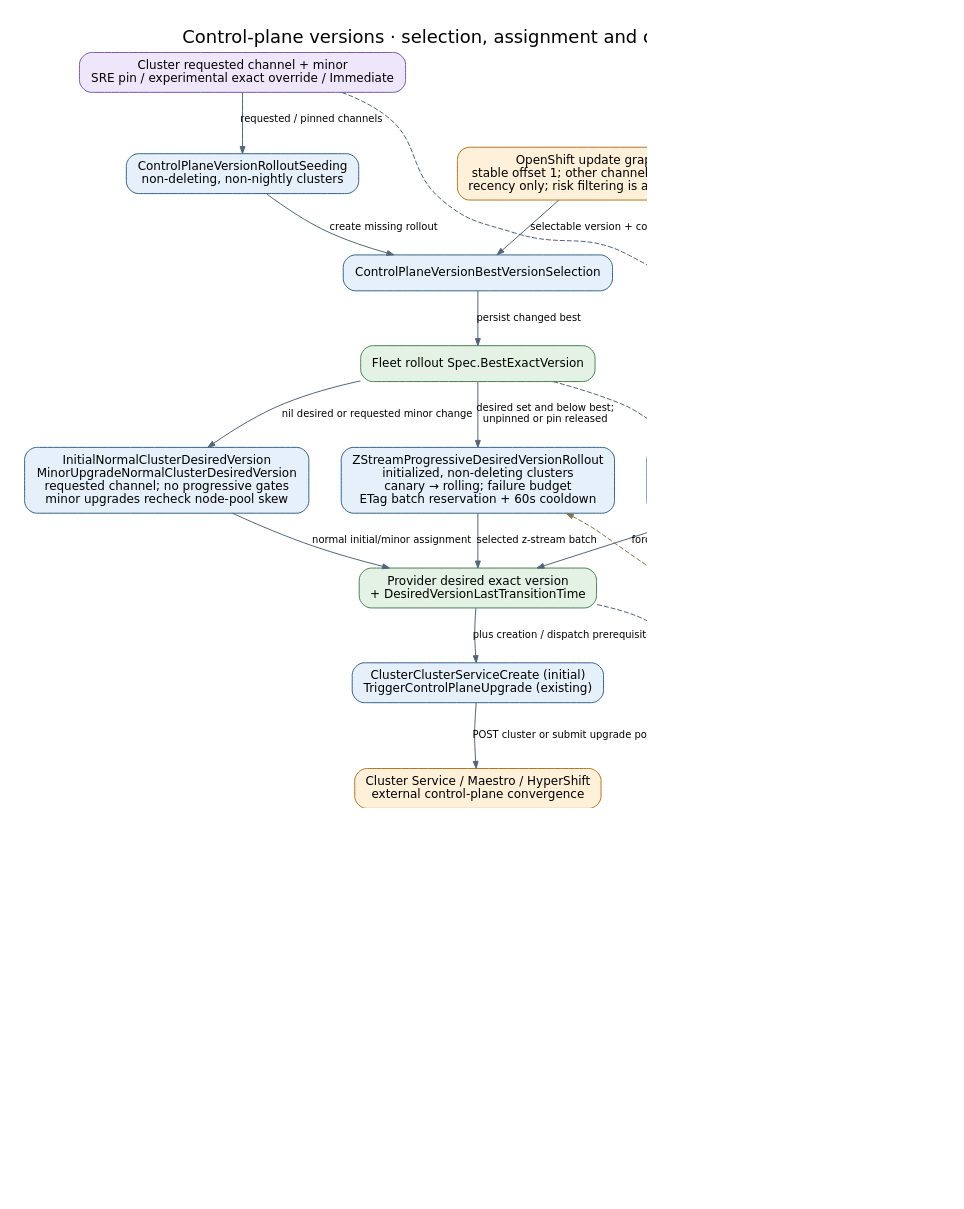
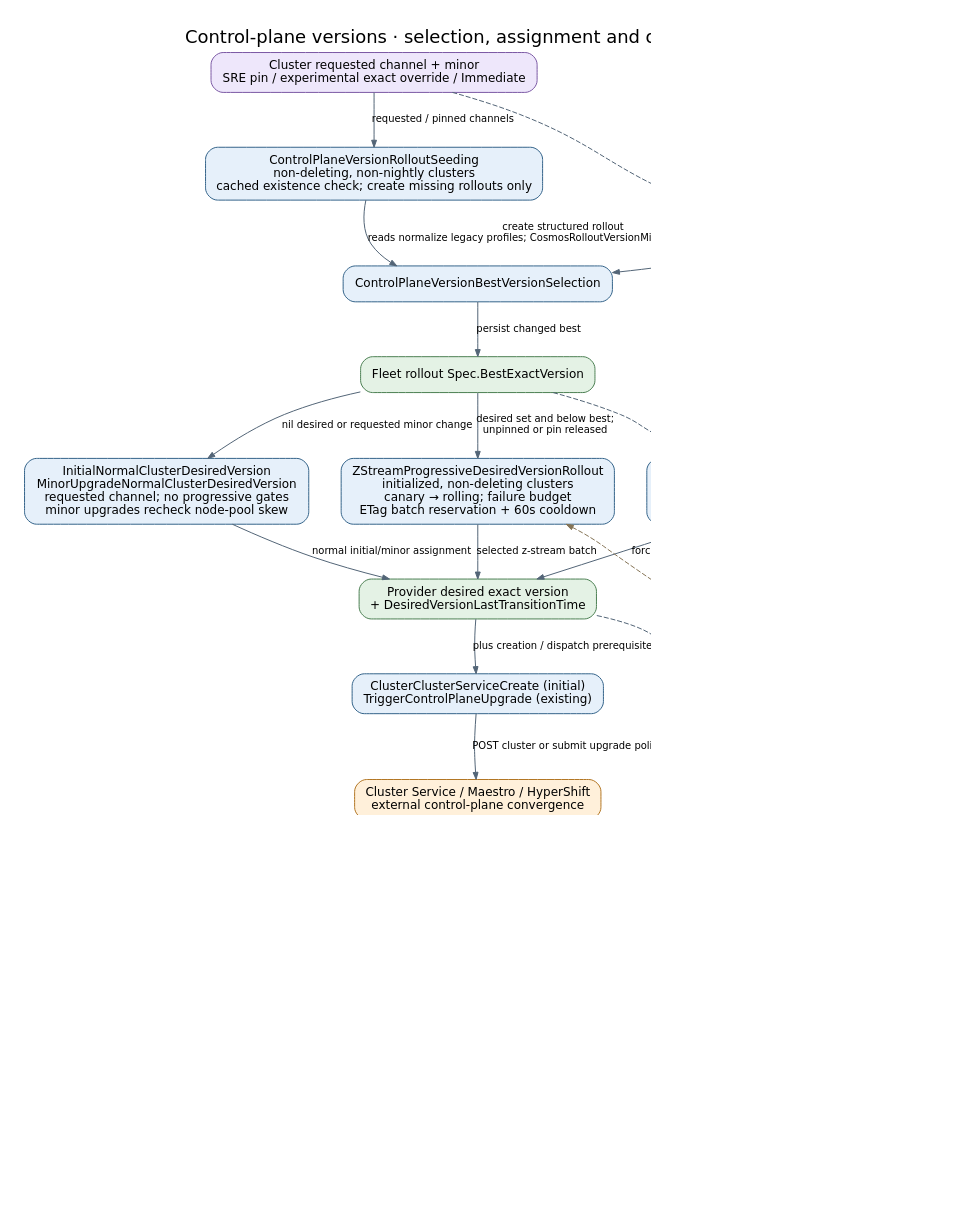
Before and after one commit to Azure/ARO-HCP: the diagram in docs/diagrams/controller-flows/control-plane-version-rollout.dot, drawn with Graphviz. The commit also changed 33 other files, not shown here.

First line of the commit message:
refactor: persist structured version profiles on fleet rollouts

```diff
--- a/docs/diagrams/controller-flows/control-plane-version-rollout.dot
+++ b/docs/diagrams/controller-flows/control-plane-version-rollout.dot
@@ -1,39 +1,39 @@
 digraph control_plane_version_rollout {
   graph [rankdir=TB, bgcolor="white", pad="0.3", nodesep="0.45", ranksep="0.6", fontname="DejaVu Sans", fontsize=18, labelloc=t, label="Control-plane versions · selection, assignment and observed progress", dpi=110];
   node [shape=box, style="rounded,filled", fillcolor="#e6f0fa", color="#35648a", fontname="DejaVu Sans", fontsize=12, margin="0.16,0.10"];
   edge [color="#536577", fontname="DejaVu Sans", fontsize=10, arrowsize=0.7];
   request [label="Cluster requested channel + minor\nSRE pin / experimental exact override / Immediate", fillcolor="#eee7fb", color="#7b59a4"];
-  seed [label="ControlPlaneVersionRolloutSeeding\nnon-deleting, non-nightly clusters"];
+  seed [label="ControlPlaneVersionRolloutSeeding\nnon-deleting, non-nightly clusters\ncached existence check; create missing rollouts only"];
   best [label="ControlPlaneVersionBestVersionSelection"];
   updategraph [label="OpenShift update graph\nstable offset 1; other channels offset 0\nrecency only; risk filtering is a follow-up", fillcolor="#fff0da", color="#b27624"];
   target [label="Fleet rollout Spec.BestExactVersion", fillcolor="#e4f2e5", color="#4c8053"];
   initial [label="InitialNormalClusterDesiredVersion\nMinorUpgradeNormalClusterDesiredVersion\nrequested channel; no progressive gates\nminor upgrades recheck node-pool skew"];
   normal [label="ZStreamProgressiveDesiredVersionRollout\ninitialized, non-deleting clusters\ncanary → rolling; failure budget\nETag batch reservation + 60s cooldown"];
   forced [label="ForcedClusterDesiredVersion\nSRE pin precedes experimental exact version\npin release at UntilExactVersion; otherwise\nImmediate follows best without progressive gates"];
   desired [label="Provider desired exact version\n+ DesiredVersionLastTransitionTime", fillcolor="#e4f2e5", color="#4c8053"];
   dispatch [label="ClusterClusterServiceCreate (initial)\nTriggerControlPlaneUpgrade (existing)"];
   external [label="Cluster Service / Maestro / HyperShift\nexternal control-plane convergence", fillcolor="#fff0da", color="#b27624"];
   observe [label="ReadDesireKubernetesController\n→ ControlPlaneActiveVersions"];
   history [label="Provider active versions + transition times\nCompleted entry confirms achieved version", fillcolor="#e4f2e5", color="#4c8053"];
   status [label="ControlPlaneVersionStatusCollector\nexclude missing / deleting clusters\naggregate counts; no assignments"];
   counts [label="Fleet status: desired / mismatched / failed\nachieved / successful\nsuccess age > 1h; mismatch timeout > 2h default", fillcolor="#e4f2e5", color="#4c8053"];
   request -> seed [label="requested / pinned channels"];
-  seed -> best [label="create missing rollout"];
+  seed -> best [label="create structured rollout\nreads normalize legacy profiles; CosmosRolloutVersionMigration persists them"];
   updategraph -> best [label="selectable version + configured floor"];
   best -> target [label="persist changed best"];
   target -> initial [label="nil desired or requested minor change"];
   target -> normal [label="desired set and below best;\nunpinned or pin released"];
   target -> forced [label="pin release / Immediate", style=dashed];
   request -> forced [label="optional override / Immediate", style=dashed, constraint=false];
   initial -> desired [label="normal initial/minor assignment"];
   normal -> desired [label="selected z-stream batch"];
   forced -> desired [label="forced assignment"];
   desired -> dispatch [label="plus creation / dispatch prerequisites"];
   dispatch -> external [label="POST cluster or submit upgrade policy"];
   external -> observe [label="mirrored HostedCluster history"];
   observe -> history [label="record observed state"];
   history -> status [label="completed version + age"];
   desired -> status [label="membership + target + age", style=dashed, constraint=false];
   status -> counts [label="persist only changed aggregates"];
   history -> normal [label="recompute decision counts\nfrom provider snapshot", style=dashed, color="#857456", constraint=false];
 }
```
